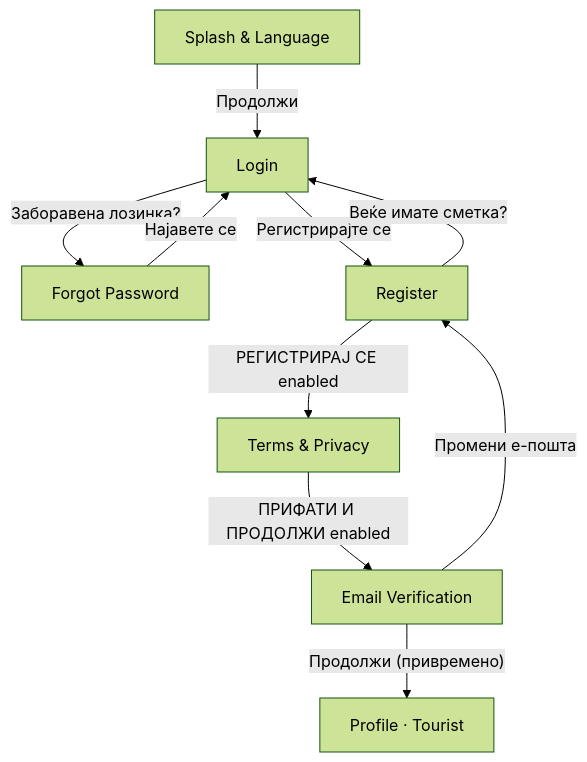
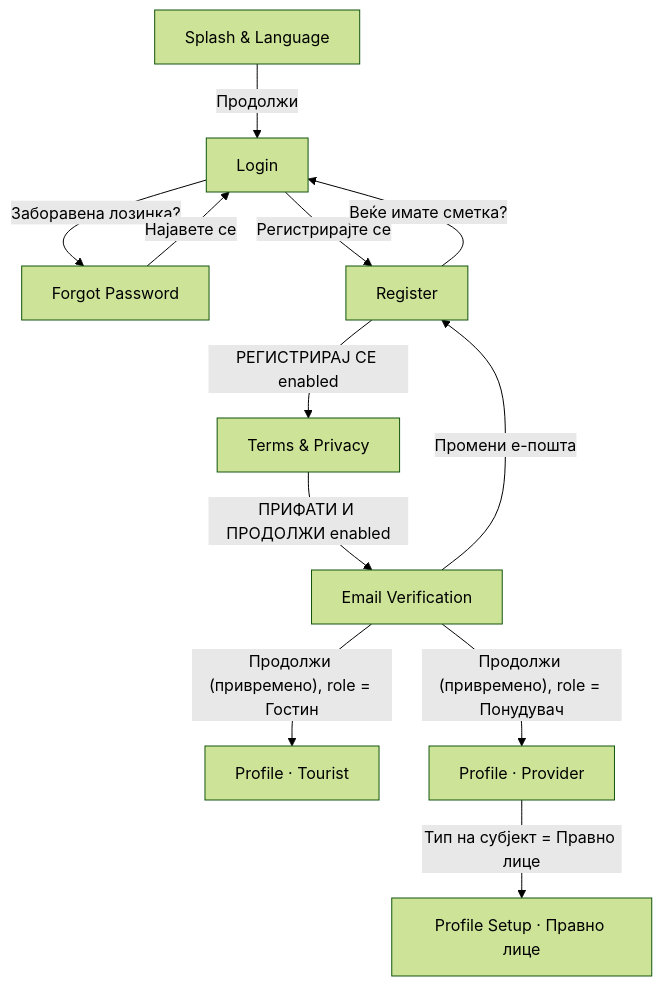
One commit to mblerona/bulka-frontend changed the first of 2 diagrams in PROJECT_PROGRESS.md. Above: the diagram before and after it, drawn with Mermaid (forest theme). The commit also changed other lines of this file and 47 other files, not shown here.

````diff
--- a/PROJECT_PROGRESS.md
+++ b/PROJECT_PROGRESS.md
@@ -23,12 +45,14 @@
 ```mermaid
 flowchart TD
     Splash["Splash & Language"] -->|Продолжи| Login
     Login -->|Заборавена лозинка?| ForgotPassword["Forgot Password"]
     Login -->|Регистрирајте се| Register
     ForgotPassword -->|Најавете се| Login
     Register -->|Веќе имате сметка?| Login
     Register -->|РЕГИСТРИРАЈ СЕ enabled| Terms["Terms & Privacy"]
     Terms -->|ПРИФАТИ И ПРОДОЛЖИ enabled| EmailVerify["Email Verification"]
     EmailVerify -->|Промени е-пошта| Register
-    EmailVerify -->|"Продолжи (привремено)"| Profile["Profile · Tourist"]
+    EmailVerify -->|"Продолжи (привремено), role = Гостин"| Profile["Profile · Tourist"]
+    EmailVerify -->|"Продолжи (привремено), role = Понудувач"| ProviderProfile["Profile · Provider"]
+    ProviderProfile -->|"Тип на субјект = Правно лице"| ProviderLegal["Profile Setup · Правно лице"]
 ```
````
